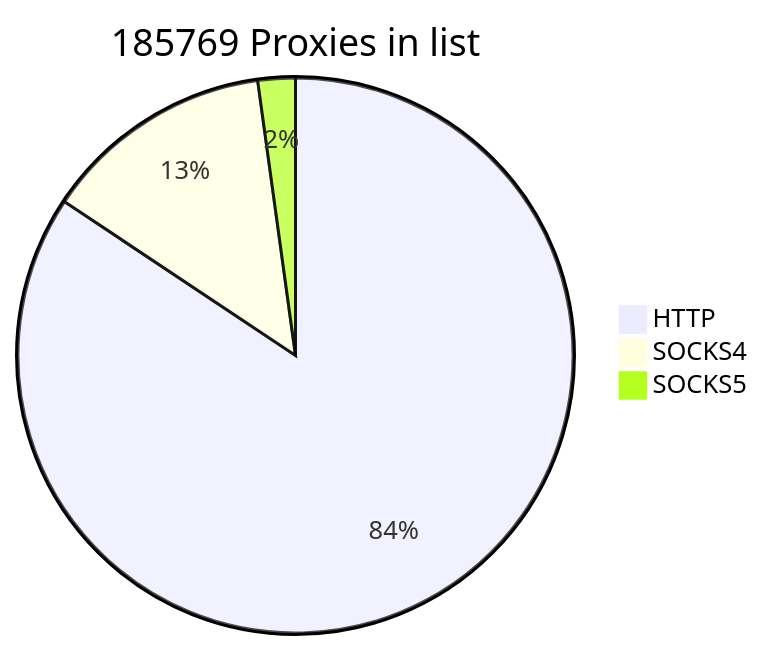
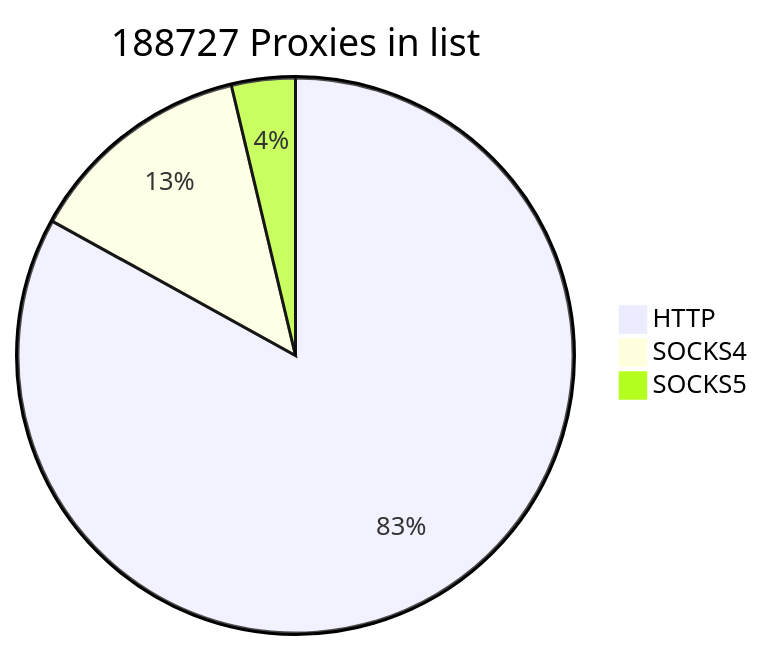
The first of 2 diagrams in README.md (cutipu/proxylist), drawn with Mermaid before and after one commit. The commit also changed other lines of this file, not shown here.

````diff
--- a/README.md
+++ b/README.md
@@ -2,7 +2,7 @@
 ```mermaid
-pie title 185769 Proxies in list
+pie title 188727 Proxies in list
     "HTTP" : 156703
     "SOCKS4" : 25022
-    "SOCKS5" : 4044
+    "SOCKS5" : 7002
             
 ```
````
